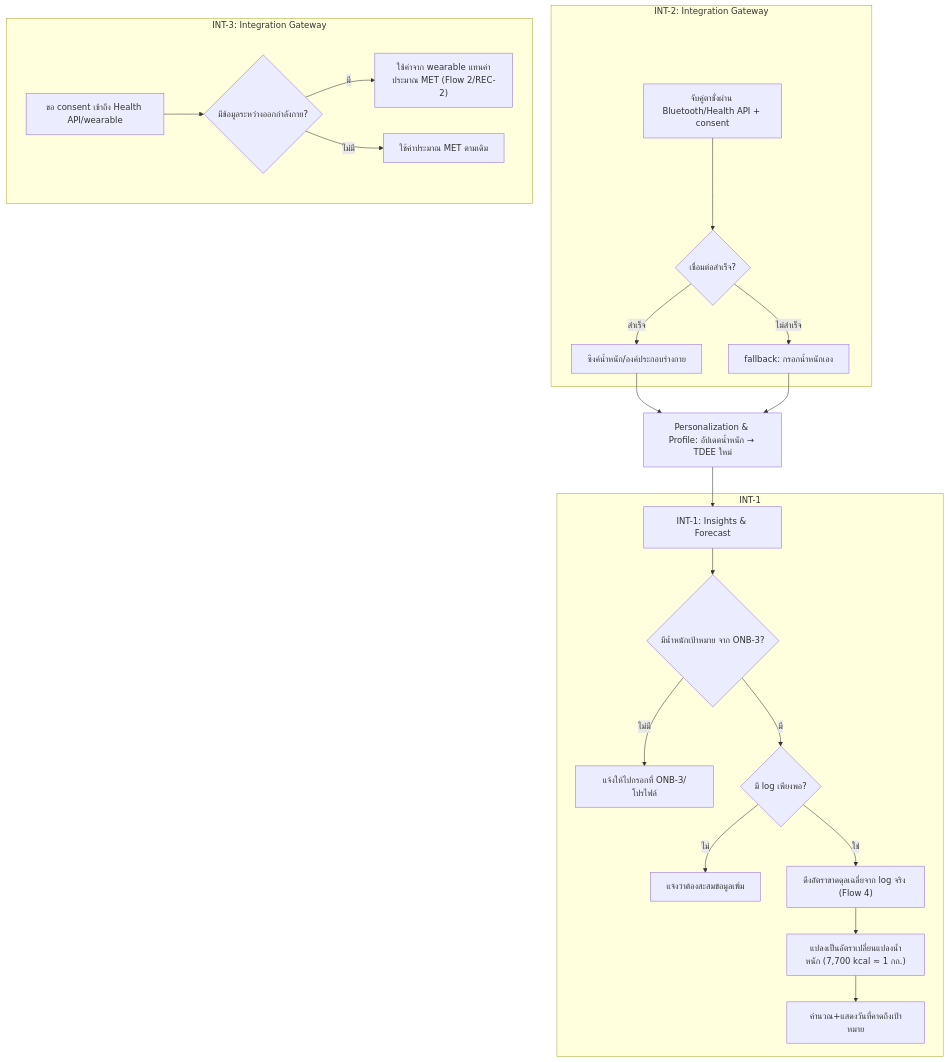
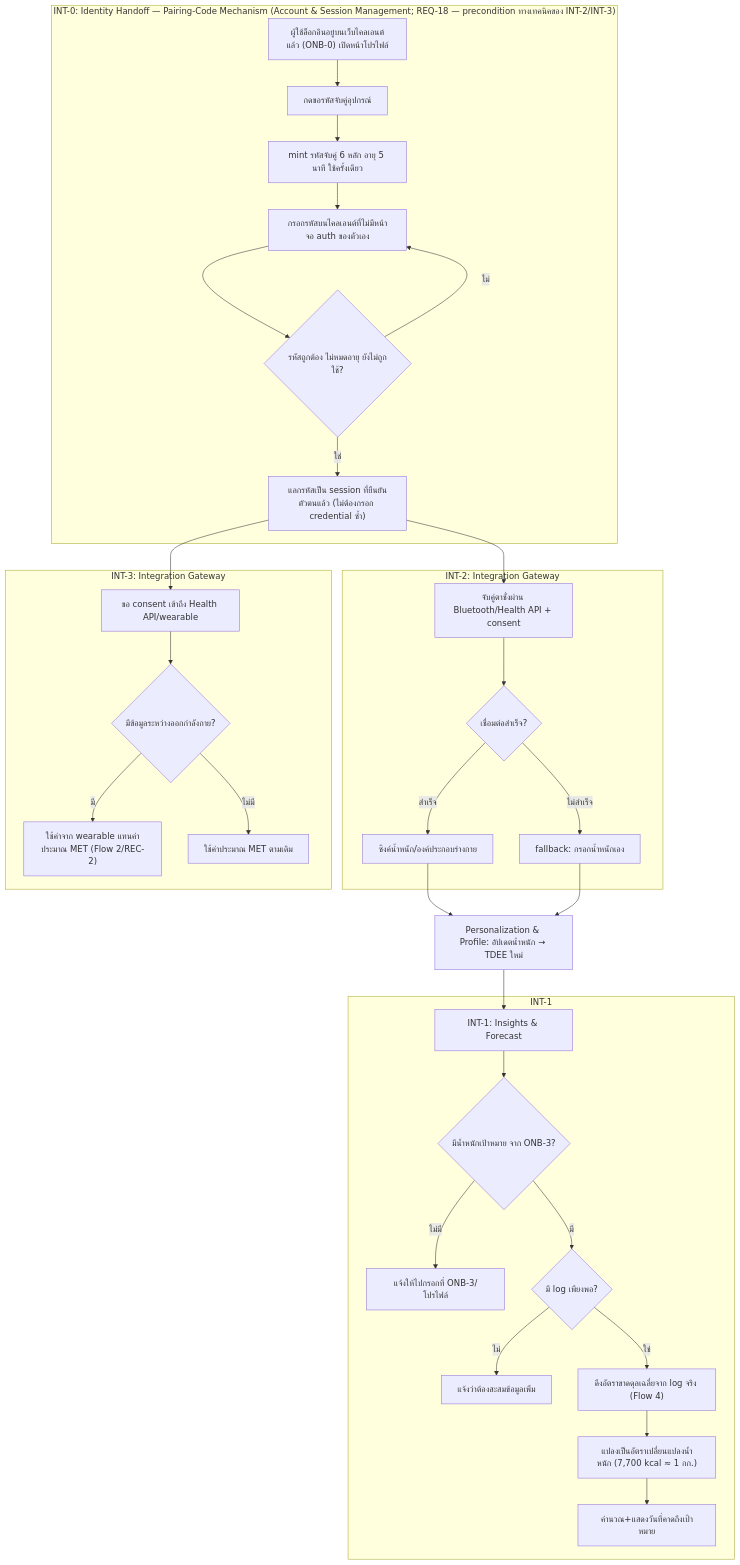
Before and after one commit to Kikofah/smartFit_daily: the sixth of 6 diagrams in docs/02-design/02-technical/high-level-architecture.md, drawn with Mermaid. The commit also changed other lines of this file and 22 other files, not shown here.

First line of the commit message:
docs: reconcile stack drift (Express+Cloud Run) and formalize pairing-code as REQ-18/INT-0

````diff
--- a/docs/02-design/02-technical/high-level-architecture.md
+++ b/docs/02-design/02-technical/high-level-architecture.md
@@ -320,25 +381,35 @@
 ```mermaid
 flowchart TD
+    subgraph PAIR["INT-0: Identity Handoff — Pairing-Code Mechanism (Account & Session Management; REQ-18 — precondition ทางเทคนิคของ INT-2/INT-3)"]
+        Q1["ผู้ใช้ล็อกอินอยู่บนเว็บไคลเอนต์แล้ว (ONB-0) เปิดหน้าโปรไฟล์"] --> Q2["กดขอรหัสจับคู่อุปกรณ์"]
+        Q2 --> Q3["mint รหัสจับคู่ 6 หลัก อายุ 5 นาที ใช้ครั้งเดียว"]
+        Q3 --> Q4["กรอกรหัสบนไคลเอนต์ที่ไม่มีหน้าจอ auth ของตัวเอง"]
+        Q4 --> Q5{"รหัสถูกต้อง ไม่หมดอายุ ยังไม่ถูกใช้?"}
+        Q5 -- ไม่ --> Q4
+        Q5 -- ใช่ --> Q6["แลกรหัสเป็น session ที่ยืนยันตัวตนแล้ว (ไม่ต้องกรอก credential ซ้ำ)"]
+    end
     subgraph INT2["INT-2: Integration Gateway"]
+        Q6 --> S1
         S1["จับคู่ตาชั่งผ่าน Bluetooth/Health API + consent"] --> S2{"เชื่อมต่อสำเร็จ?"}
         S2 -- สำเร็จ --> S3["ซิงค์น้ำหนัก/องค์ประกอบร่างกาย"]
         S2 -- ไม่สำเร็จ --> S4["fallback: กรอกน้ำหนักเอง"]
     end
     subgraph INT3["INT-3: Integration Gateway"]
+        Q6 --> W1
         W1["ขอ consent เข้าถึง Health API/wearable"] --> W2{"มีข้อมูลระหว่างออกกำลังกาย?"}
         W2 -- มี --> W3["ใช้ค่าจาก wearable แทนค่าประมาณ MET (Flow 2/REC-2)"]
         W2 -- ไม่มี --> W4["ใช้ค่าประมาณ MET ตามเดิม"]
     end
     S3 --> P["Personalization & Profile: อัปเดตน้ำหนัก → TDEE ใหม่"]
     S4 --> P
     P --> I1["INT-1: Insights & Forecast"]
     subgraph INT1["INT-1"]
         I1 --> I2{"มีน้ำหนักเป้าหมาย จาก ONB-3?"}
         I2 -- ไม่มี --> I3["แจ้งให้ไปกรอกที่ ONB-3/โปรไฟล์"]
         I2 -- มี --> I4{"มี log เพียงพอ?"}
         I4 -- ไม่ --> I5["แจ้งว่าต้องสะสมข้อมูลเพิ่ม"]
         I4 -- ใช่ --> I6["ดึงอัตราขาดดุลเฉลี่ยจาก log จริง (Flow 4)"]
         I6 --> I7["แปลงเป็นอัตราเปลี่ยนแปลงน้ำหนัก (7,700 kcal ≈ 1 กก.)"]
         I7 --> I8["คำนวณ+แสดงวันที่คาดถึงเป้าหมาย"]
     end
 ```
````
